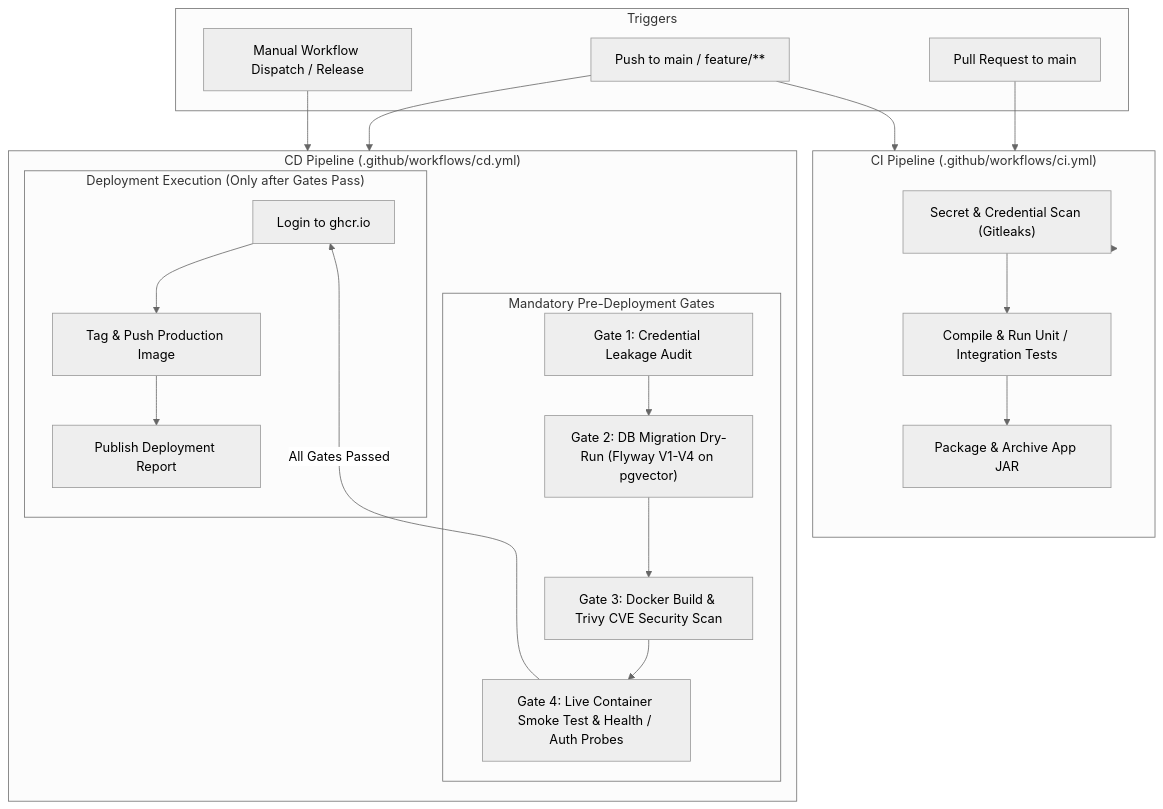
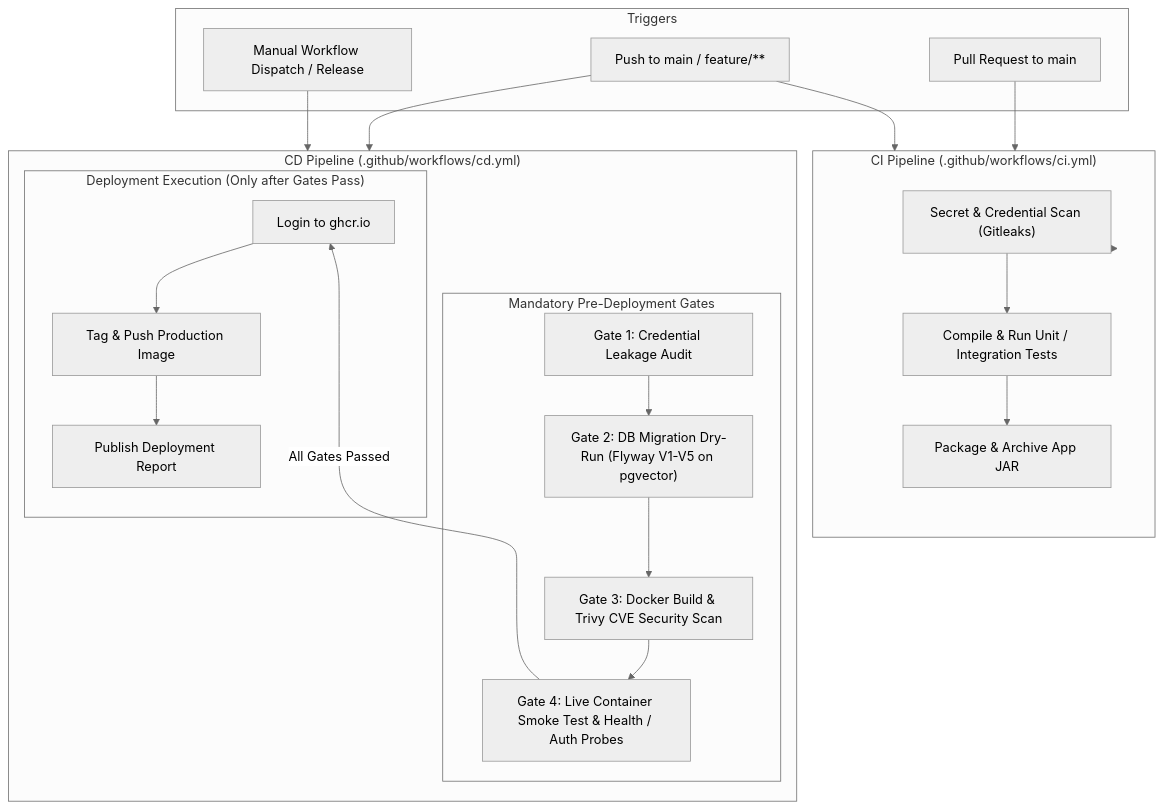
One commit to livejpsingh/ai-session-vault changed the diagram in docs/CI_CD_PIPELINE.md. Above: the diagram before and after it, drawn with Mermaid (neutral theme). The commit also changed other lines of this file and 6 other files, not shown here.

Commit message:
docs: update all architecture, inception, roadmap, and operational guides to v3.0 enterprise standard

````diff
--- a/docs/CI_CD_PIPELINE.md
+++ b/docs/CI_CD_PIPELINE.md
@@ -13,46 +13,46 @@
 ```mermaid
 flowchart TD
     subgraph Trigger["Triggers"]
         PR["Pull Request to main"]
         Push["Push to main / feature/**"]
         Dispatch["Manual Workflow Dispatch / Release"]
     end
 
     subgraph CI["CI Pipeline (.github/workflows/ci.yml)"]
         GitleaksCI["Secret & Credential Scan (Gitleaks)"]
         BuildTest["Compile & Run Unit / Integration Tests"]
         Artifacts["Package & Archive App JAR"]
     end
 
     subgraph CD["CD Pipeline (.github/workflows/cd.yml)"]
         subgraph PreDeployment["Mandatory Pre-Deployment Gates"]
             Gate1["Gate 1: Credential Leakage Audit"]
-            Gate2["Gate 2: DB Migration Dry-Run (Flyway V1-V4 on pgvector)"]
+            Gate2["Gate 2: DB Migration Dry-Run (Flyway V1-V5 on pgvector)"]
             Gate3["Gate 3: Docker Build & Trivy CVE Security Scan"]
             Gate4["Gate 4: Live Container Smoke Test & Health / Auth Probes"]
         end
 
         subgraph Deploy["Deployment Execution (Only after Gates Pass)"]
             GHCR["Login to ghcr.io"]
             TagPush["Tag & Push Production Image"]
             Summary["Publish Deployment Report"]
         end
     end
 
     PR --> CI
     Push --> CI
     Push --> CD
     Dispatch --> CD
 
     CI --> GitleaksCI
     GitleaksCI --> BuildTest
     BuildTest --> Artifacts
 
     CD --> Gate1
     Gate1 --> Gate2
     Gate2 --> Gate3
     Gate3 --> Gate4
     Gate4 -->|All Gates Passed| GHCR
     GHCR --> TagPush
     TagPush --> Summary
 ```
````
